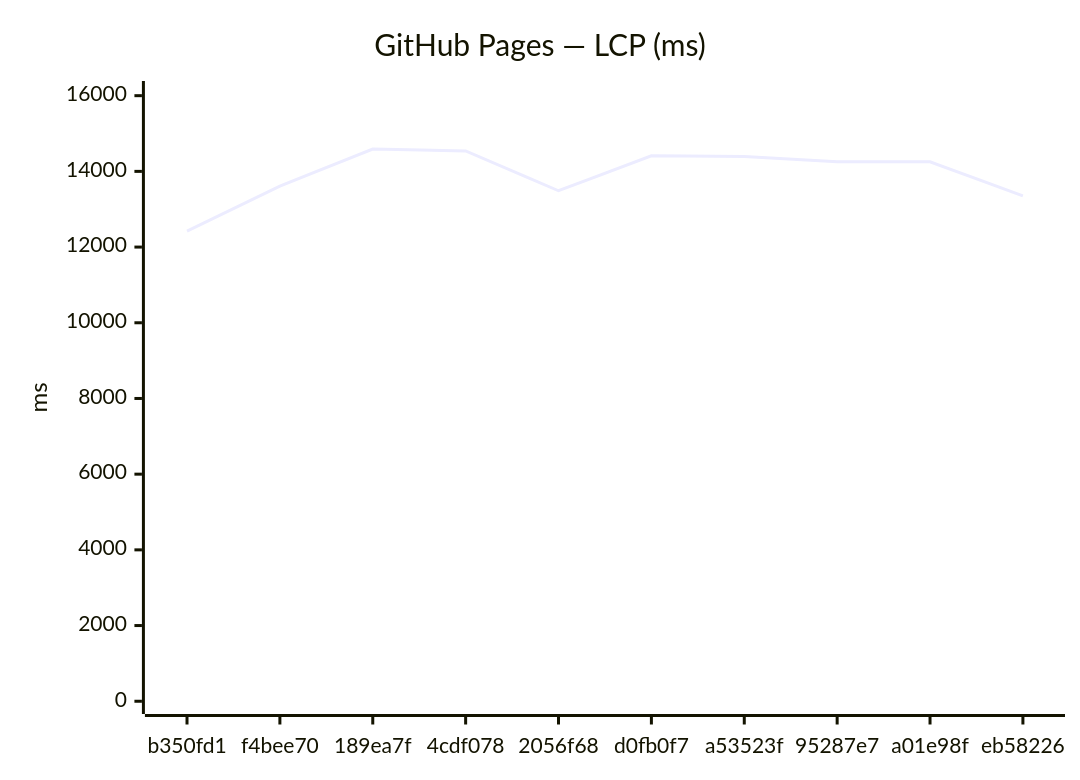
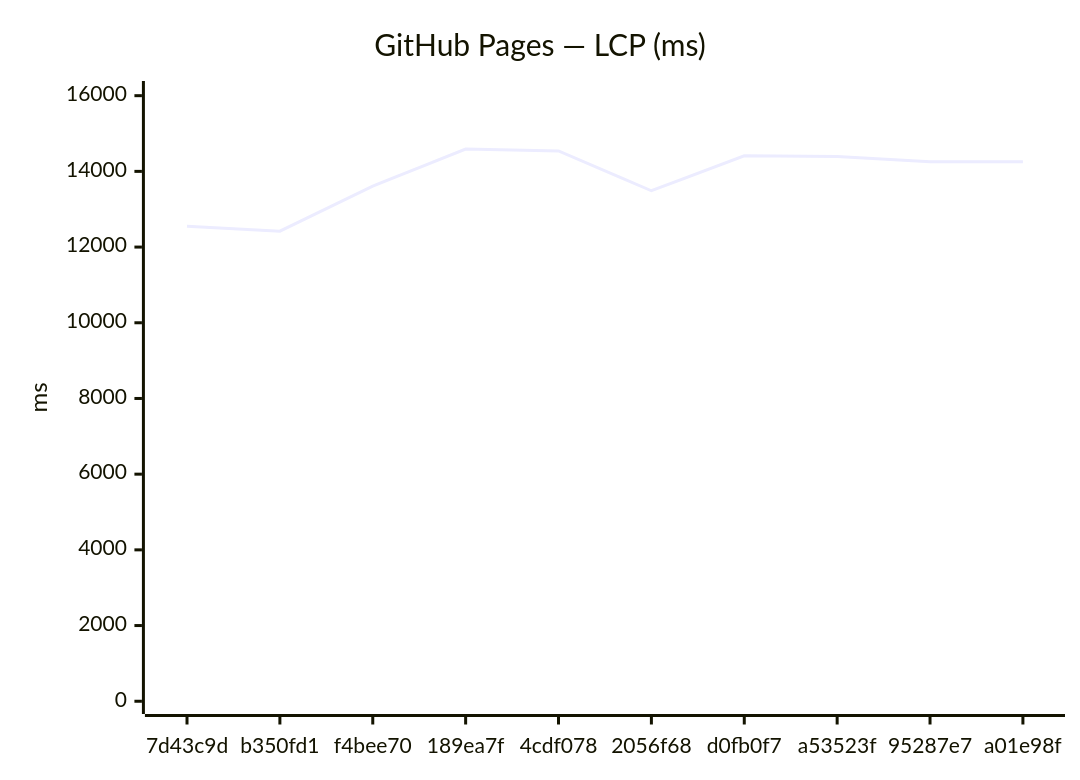
The third of 18 diagrams in benchmarks/compare.md (Metaheurist/Rianell), drawn with Mermaid before and after one commit. The commit also changed other lines of this file and 11 other files, not shown here.

````diff
--- a/benchmarks/compare.md
+++ b/benchmarks/compare.md
@@ -54,7 +54,7 @@
 ```mermaid
 xychart-beta
     title "GitHub Pages — LCP (ms)"
-    x-axis ["b350fd1", "f4bee70", "189ea7f", "4cdf078", "2056f68", "d0fb0f7", "a53523f", "95287e7", "a01e98f", "eb58226"]
+    x-axis ["7d43c9d", "b350fd1", "f4bee70", "189ea7f", "4cdf078", "2056f68", "d0fb0f7", "a53523f", "95287e7", "a01e98f"]
     y-axis "ms" 0 --> 16051
-    line [12421, 13612, 14591, 14540, 13488, 14410, 14392, 14255, 14254, 13354]
+    line [12552, 12421, 13612, 14591, 14540, 13488, 14410, 14392, 14255, 14254]
 ```
````
